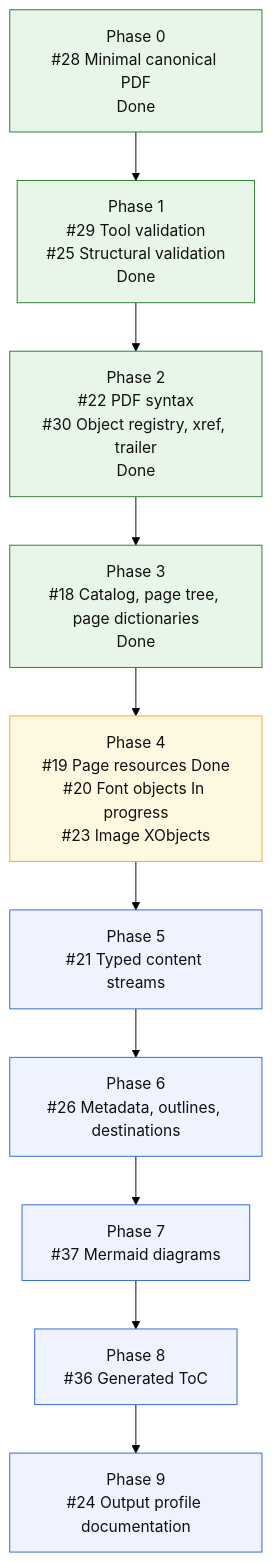
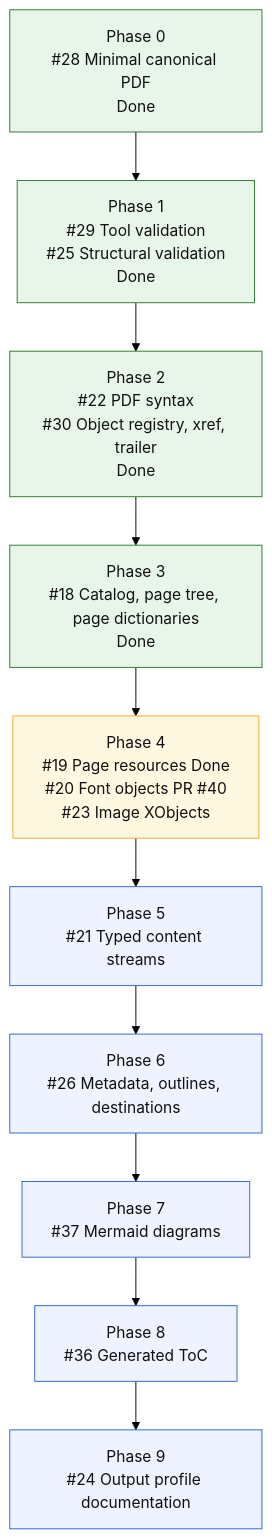
The diagram in README.md (mihaelamj/MarkdownPDF), drawn with Mermaid (forest theme) before and after one commit.

Commit message:
docs: mark font objects in review

````diff
--- a/README.md
+++ b/README.md
@@ -126,22 +126,22 @@
 ```mermaid
 flowchart TD
     P0["Phase 0<br/>#28 Minimal canonical PDF<br/>Done"]
     P1["Phase 1<br/>#29 Tool validation<br/>#25 Structural validation<br/>Done"]
     P2["Phase 2<br/>#22 PDF syntax<br/>#30 Object registry, xref, trailer<br/>Done"]
     P3["Phase 3<br/>#18 Catalog, page tree, page dictionaries<br/>Done"]
-    P4["Phase 4<br/>#19 Page resources Done<br/>#20 Font objects In progress<br/>#23 Image XObjects"]
+    P4["Phase 4<br/>#19 Page resources Done<br/>#20 Font objects PR #40<br/>#23 Image XObjects"]
     P5["Phase 5<br/>#21 Typed content streams"]
     P6["Phase 6<br/>#26 Metadata, outlines, destinations"]
     P7["Phase 7<br/>#37 Mermaid diagrams"]
     P8["Phase 8<br/>#36 Generated ToC"]
     P9["Phase 9<br/>#24 Output profile documentation"]
 
     P0 --> P1 --> P2 --> P3 --> P4 --> P5 --> P6 --> P7 --> P8 --> P9
 
     classDef done fill:#e8f5e9,stroke:#2e7d32,color:#111;
     classDef next fill:#fff8e1,stroke:#f9a825,color:#111;
     classDef todo fill:#eef3ff,stroke:#3367d6,color:#111;
     class P0,P1,P2,P3 done;
     class P4 next;
     class P5,P6,P7,P8,P9 todo;
 ```
````
